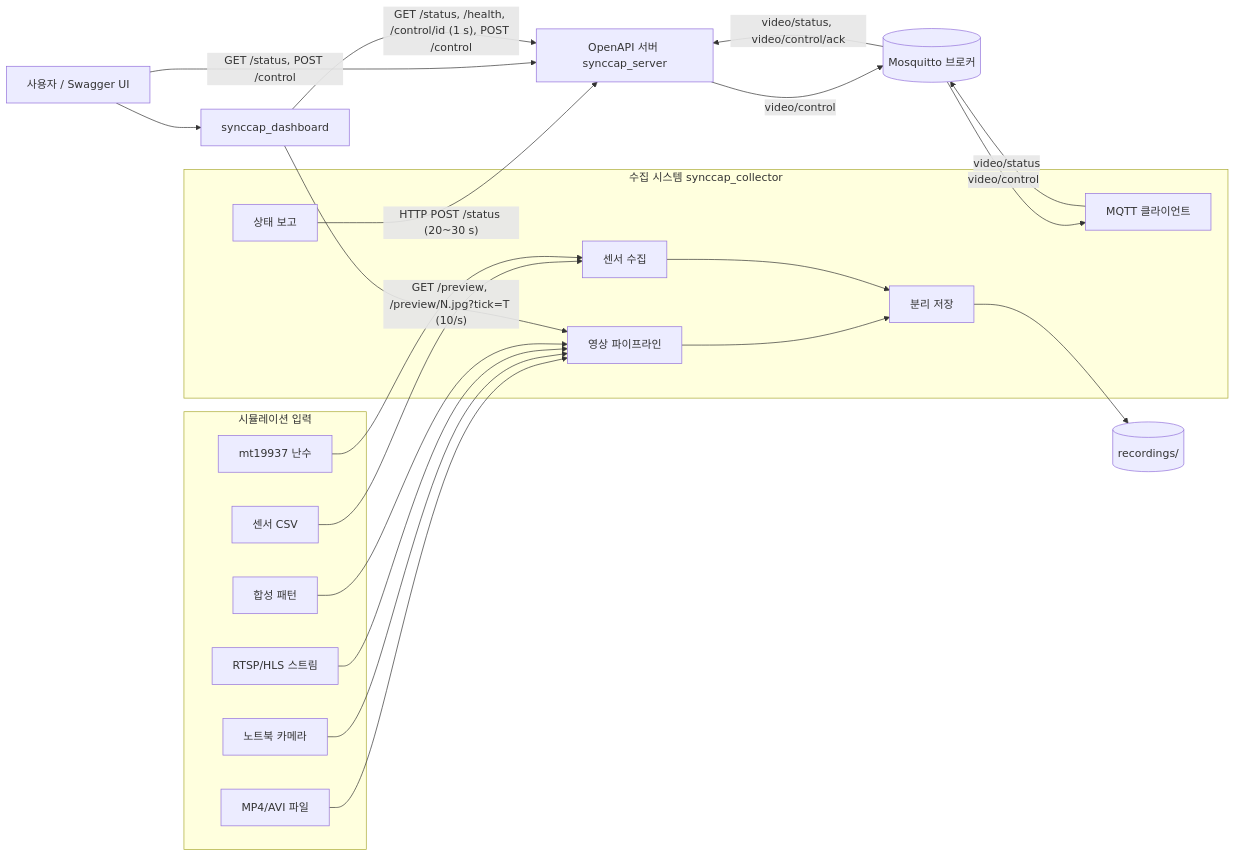
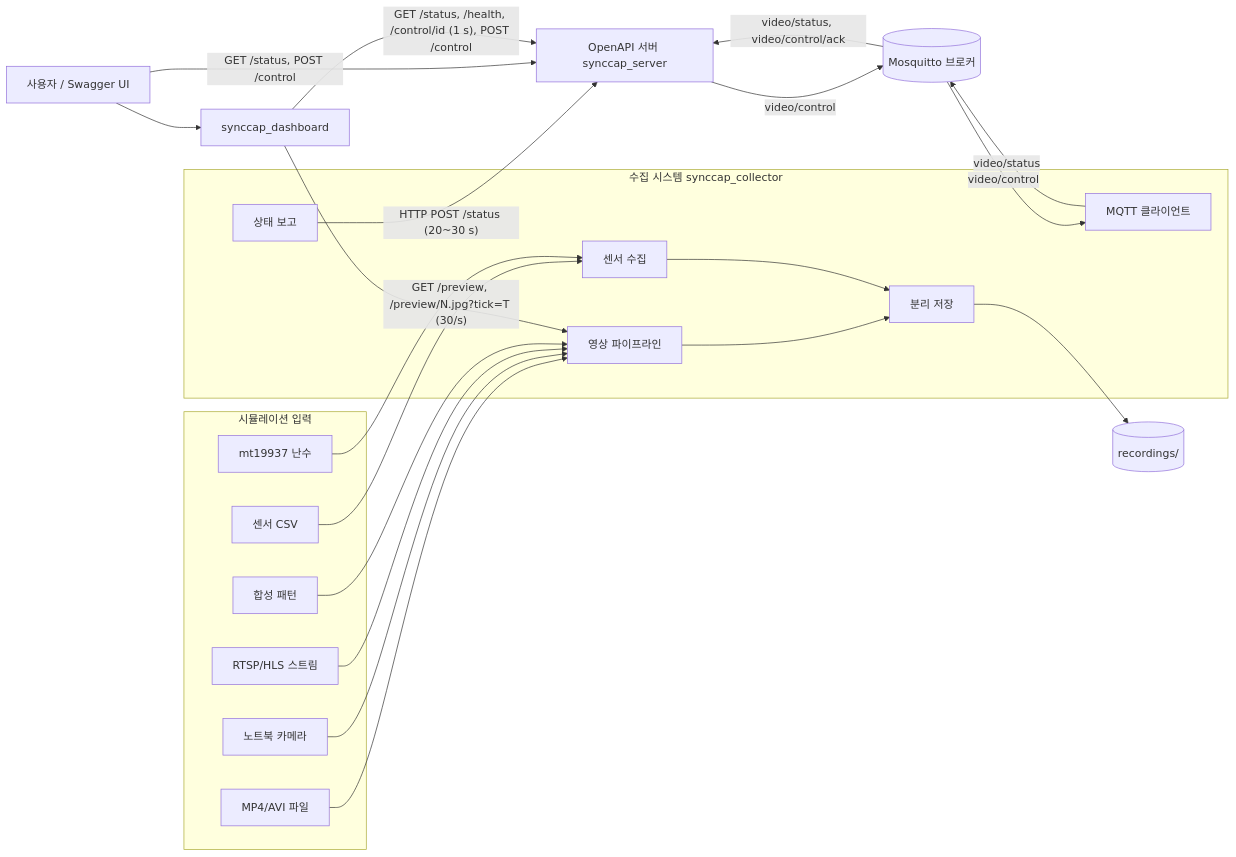
Before and after one commit to loki2001-dev/SyncCap: the first of 6 diagrams in docs/DESIGN.md, drawn with Mermaid. The commit also changed other lines of this file and 1 other file, not shown here.

Commit message:
docs: 30 fps preview and its measurements

````diff
--- a/docs/DESIGN.md
+++ b/docs/DESIGN.md
@@ -82,38 +82,38 @@
 ```mermaid
 flowchart LR
     subgraph Inputs["시뮬레이션 입력"]
         F[MP4/AVI 파일]
         W[노트북 카메라]
         N[RTSP/HLS 스트림]
         S[합성 패턴]
         CSV[센서 CSV]
         RNG[mt19937 난수]
     end
     subgraph Collector["수집 시스템 synccap_collector"]
         P[영상 파이프라인]
         SE[센서 수집]
         R[분리 저장]
         RP[상태 보고]
         MQ[MQTT 클라이언트]
     end
     B[(Mosquitto 브로커)]
     API[OpenAPI 서버 synccap_server]
     U[사용자 / Swagger UI]
     D[synccap_dashboard]
     DISK[(recordings/)]
 
     F & W & N & S --> P
     CSV & RNG --> SE
     P --> R
     SE --> R
     R --> DISK
     RP -- "HTTP POST /status (20~30 s)" --> API
     MQ -- "video/status" --> B
     B -- "video/control" --> MQ
     API -- "video/control" --> B
     B -- "video/status, video/control/ack" --> API
     U -- "GET /status, POST /control" --> API
     U --> D
     D -- "GET /status, /health, /control/id (1 s), POST /control" --> API
-    D -- "GET /preview, /preview/N.jpg?tick=T (10/s)" --> P
+    D -- "GET /preview, /preview/N.jpg?tick=T (30/s)" --> P
 ```
````
